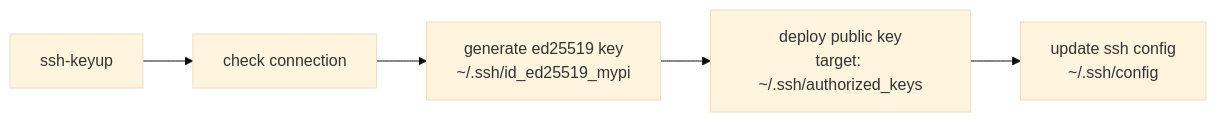
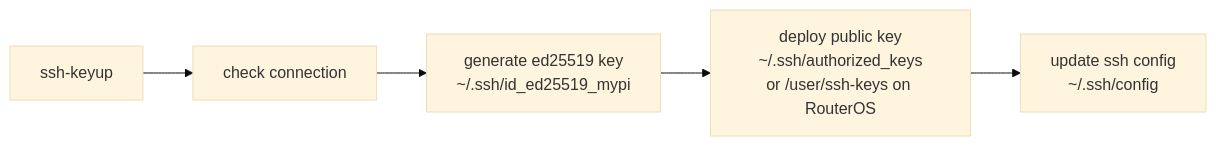
The diagram in README.md (Kurokesu/ssh-keyup), drawn with Mermaid (base theme) before and after one commit. The commit also changed other lines of this file, not shown here.

Commit message:
README: Document RouterOS support

````diff
--- a/README.md
+++ b/README.md
@@ -88,7 +89,7 @@
 ```mermaid
 flowchart LR
     run["ssh-keyup"] --> check["check connection"]
     check --> gen["generate ed25519 key<br/>~/.ssh/id_ed25519_mypi"]
-    gen --> deploy["deploy public key<br/>target: ~/.ssh/authorized_keys"]
+    gen --> deploy["deploy public key<br/>~/.ssh/authorized_keys<br/>or /user/ssh-keys on RouterOS"]
     deploy --> config["update ssh config<br/>~/.ssh/config"]
 ```
````
